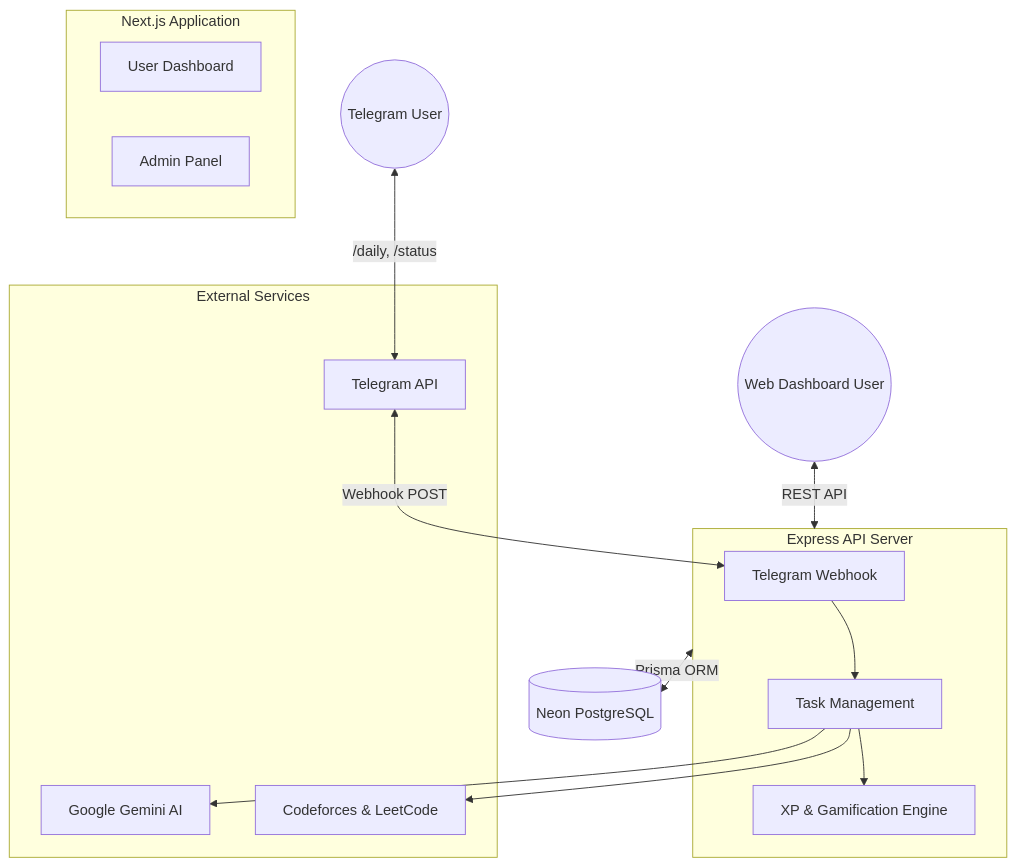
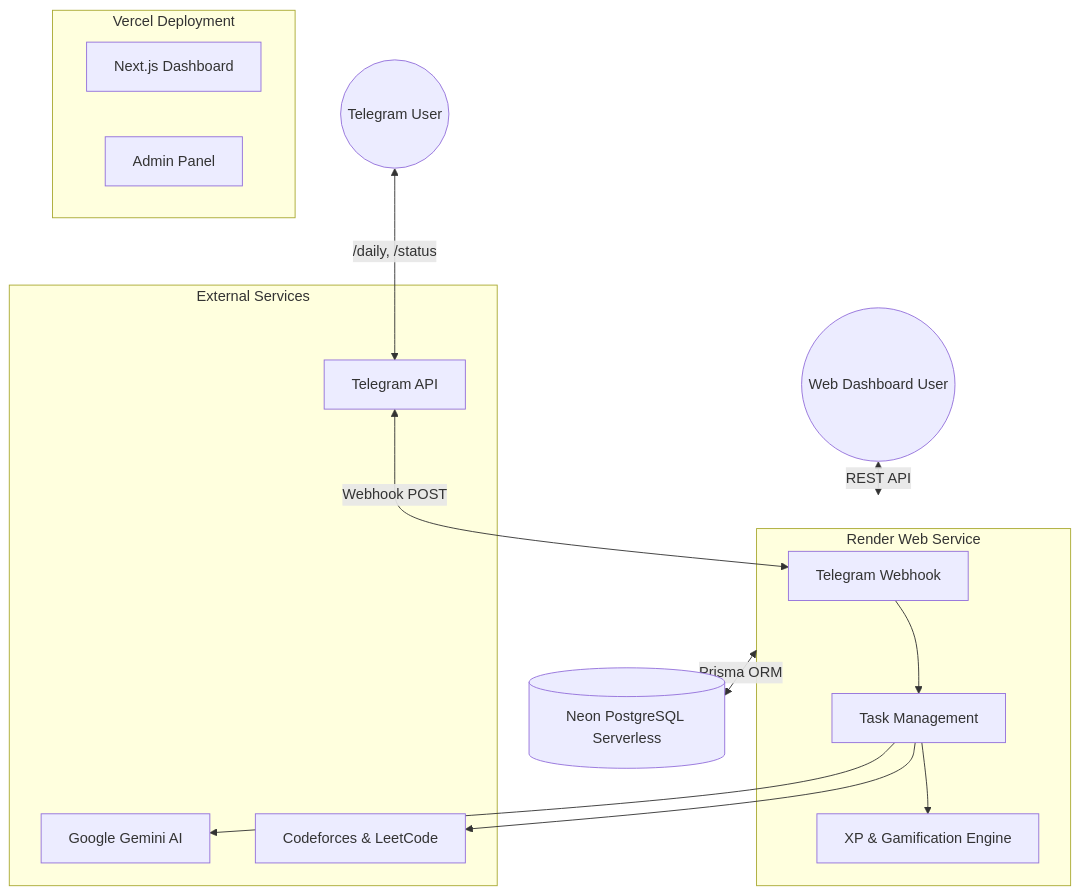
One commit to DIVI-Hectic4U/HelpMan_platform changed the diagram in README.md. Above: the diagram before and after it, drawn with Mermaid. The commit also changed other lines of this file, not shown here.

Commit message:
docs: update architecture and deployment scenario in README

````diff
--- a/README.md
+++ b/README.md
@@ -56,41 +60,41 @@
 ```mermaid
 graph TD
     %% Clients
     User((Telegram User))
     Web((Web Dashboard User))
     
     %% Frontend
-    subgraph Frontend [Next.js Application]
-        Dashboard[User Dashboard]
+    subgraph Frontend [Vercel Deployment]
+        Dashboard[Next.js Dashboard]
         AdminPanel[Admin Panel]
     end
     
     %% Backend
-    subgraph Backend [Express API Server]
+    subgraph Backend [Render Web Service]
         Webhook[Telegram Webhook]
         Tasks[Task Management]
         XP[XP & Gamification Engine]
     end
     
     %% External APIs
     subgraph External [External Services]
         Gemini[Google Gemini AI]
         TelegramAPI[Telegram API]
         CF_LC[Codeforces & LeetCode]
     end
     
     %% Database
-    DB[(Neon PostgreSQL)]
+    DB[(Neon PostgreSQL Serverless)]
     
     %% Connections
     User <-->|/daily, /status| TelegramAPI
     TelegramAPI <-->|Webhook POST| Webhook
     Web <-->|REST API| Backend
     
     Webhook --> Tasks
     Tasks --> Gemini
     Tasks --> CF_LC
     Tasks --> XP
     
     Backend <-->|Prisma ORM| DB
 ```
````
